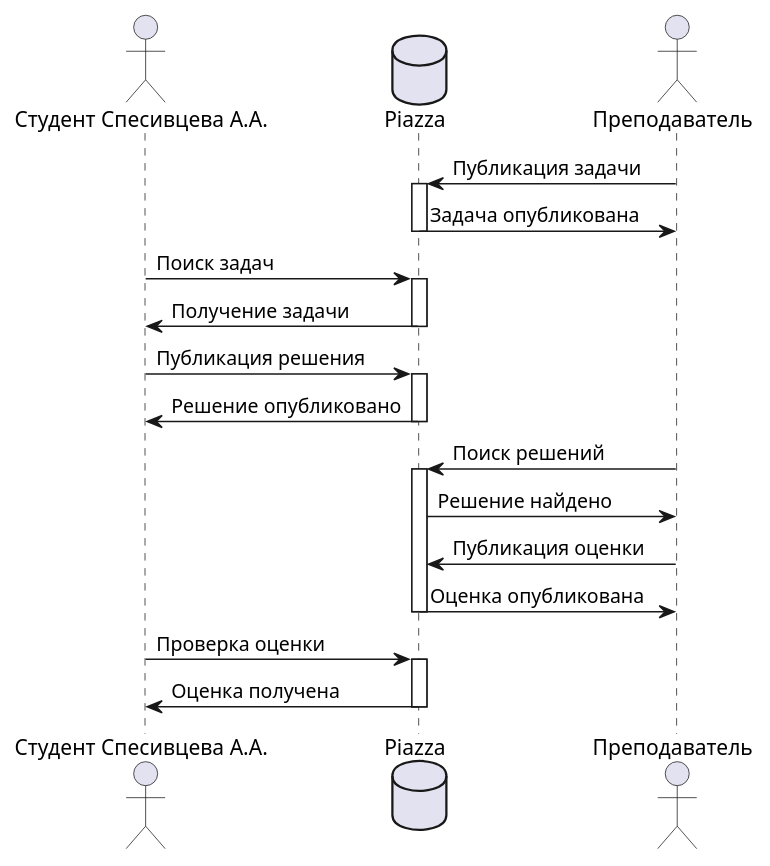
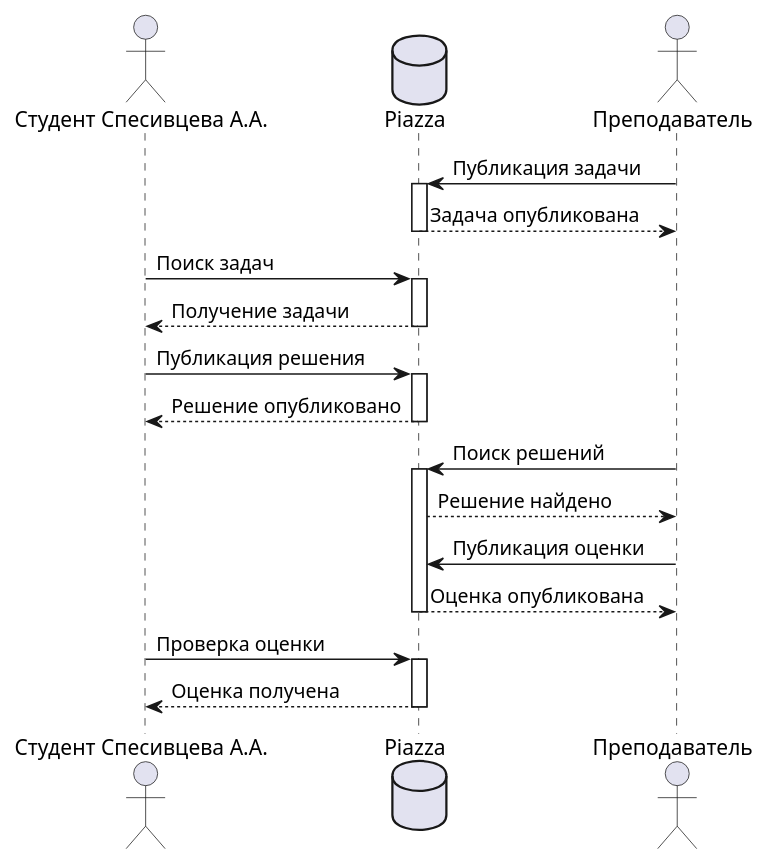
Before and after one commit to annihilCax/config_AAS: the diagram in pr_7.md, drawn with PlantUML. The commit also changed other lines of this file, not shown here.

Commit message:
task-2-red

````diff
--- a/pr_7.md
+++ b/pr_7.md
@@ -19,34 +19,34 @@
 ```PlantUML
 @startuml
-actor "Студент Спесивцева А.А." as Student
-database "Piazza" as Piazza
-actor "Преподаватель" as Teacher
+actor "Студент Спесивцева А.А." as Студент
+database "Piazza"
+actor "Преподаватель"
 
-Teacher -> Piazza: Публикация задачи
+Преподаватель -> Piazza: Публикация задачи
 activate Piazza
-Piazza -> Teacher: Задача опубликована
+Piazza --> Преподаватель: Задача опубликована
 deactivate Piazza
 
-Student -> Piazza: Поиск задач
+Студент -> Piazza: Поиск задач
 activate Piazza
-Piazza -> Student: Получение задачи
+Piazza --> Студент: Получение задачи
 deactivate Piazza
 
-Student -> Piazza: Публикация решения
+Студент -> Piazza: Публикация решения
 activate Piazza
-Piazza -> Student: Решение опубликовано
+Piazza --> Студент: Решение опубликовано
 deactivate Piazza
 
-Teacher -> Piazza: Поиск решений
+Преподаватель -> Piazza: Поиск решений
 activate Piazza
-Piazza -> Teacher: Решение найдено
-Teacher -> Piazza: Публикация оценки
-Piazza -> Teacher: Оценка опубликована
+Piazza --> Преподаватель: Решение найдено
+Преподаватель -> Piazza: Публикация оценки
+Piazza --> Преподаватель: Оценка опубликована
 deactivate Piazza
 
-Student -> Piazza: Проверка оценки
+Студент -> Piazza: Проверка оценки
 activate Piazza
-Piazza -> Student: Оценка получена
+Piazza --> Студент: Оценка получена
 deactivate Piazza
 @enduml
 ```
````
